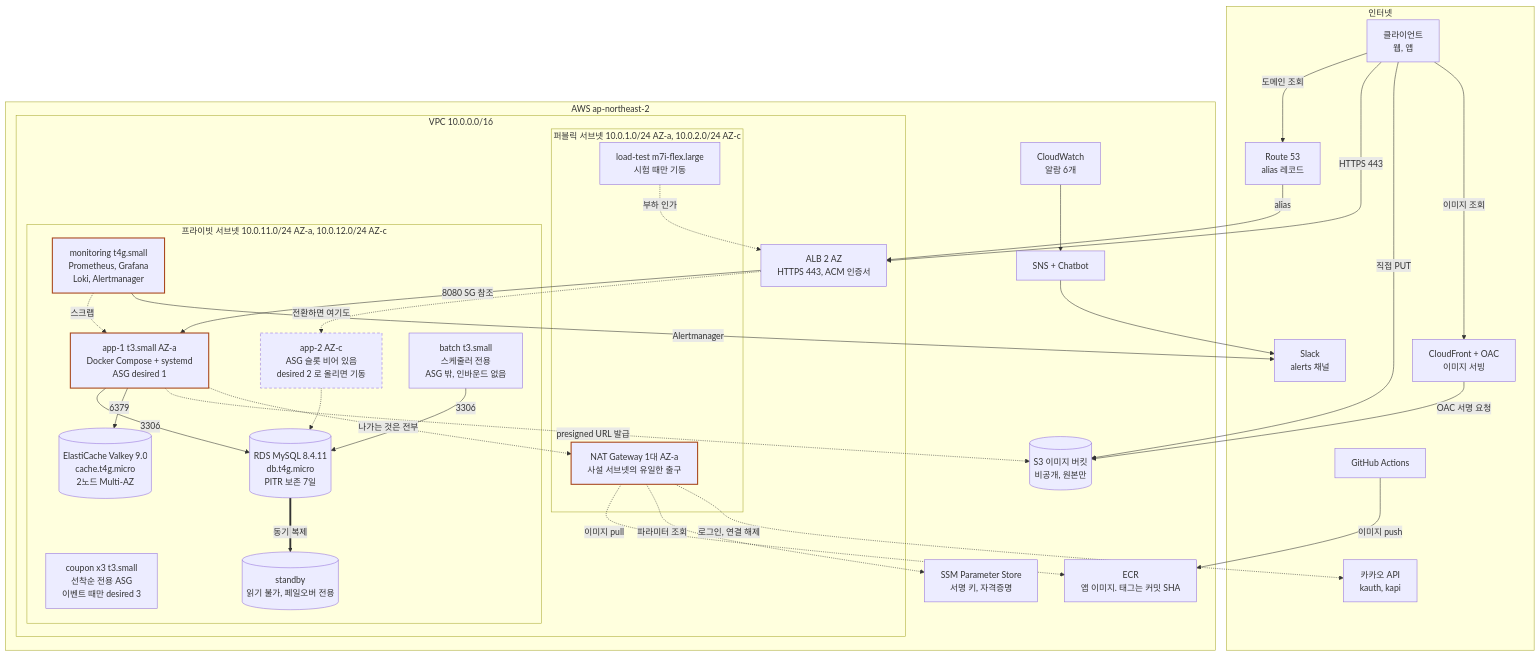
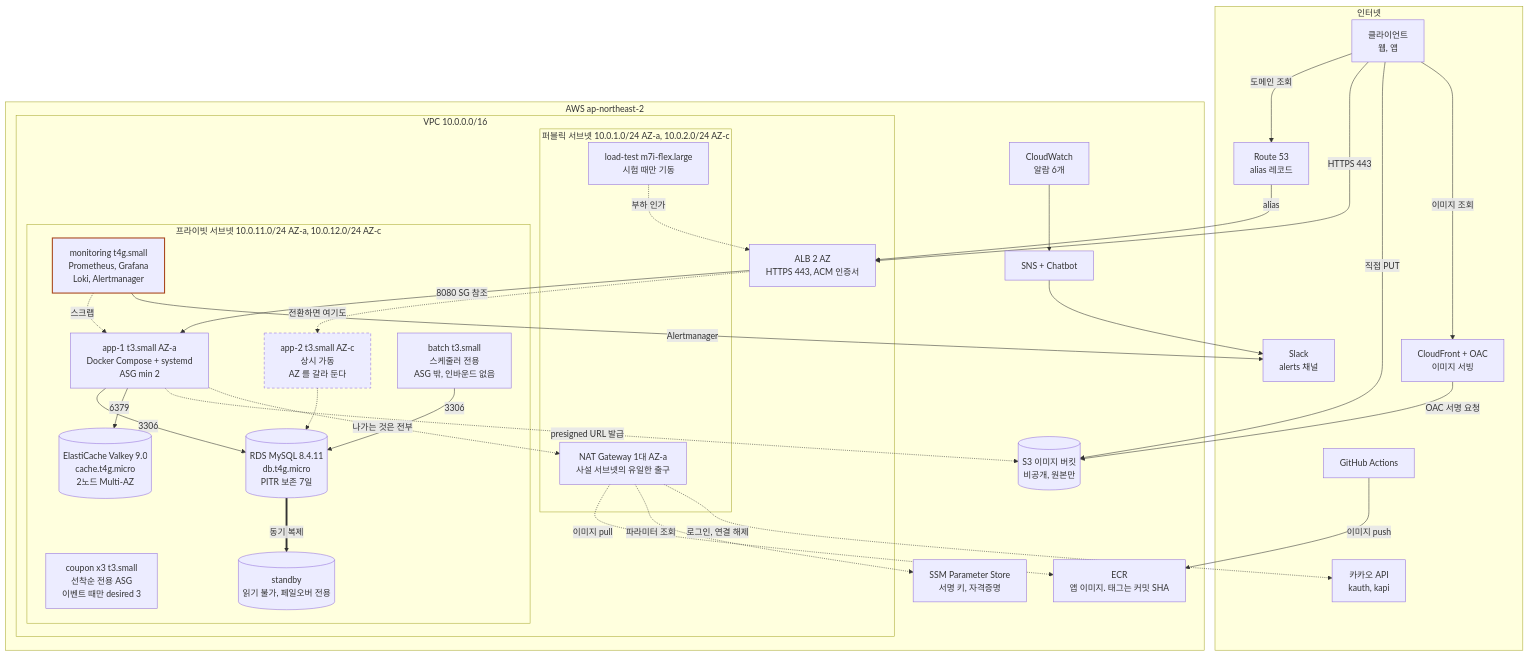
One commit to fresh-market/fm-infra changed the first of 10 diagrams in docs/system-design/백엔드공통_시스템디자인_종합.md. Above: the diagram before and after it, drawn with Mermaid. The commit also changed other lines of this file and 6 other files, not shown here.

````diff
--- a/docs/system-design/백엔드공통_시스템디자인_종합.md
+++ b/docs/system-design/백엔드공통_시스템디자인_종합.md
@@ -10,71 +10,72 @@
 ```mermaid
 graph TB
     subgraph internet["인터넷"]
         U["클라이언트<br/>웹, 앱"]
         R53["Route 53<br/>alias 레코드"]
         CFT["CloudFront + OAC<br/>이미지 서빙"]
         GH["GitHub Actions"]
         SLK["Slack<br/>alerts 채널"]
         KKO["카카오 API<br/>kauth, kapi"]
     end
 
     subgraph aws["AWS ap-northeast-2"]
         S3I[("S3 이미지 버킷<br/>비공개, 원본만")]
         SSM["SSM Parameter Store<br/>서명 키, 자격증명"]
         ECR["ECR<br/>앱 이미지. 태그는 커밋 SHA"]
         CWA["CloudWatch<br/>알람 6개"]
         SNS["SNS + Chatbot"]
 
         subgraph vpc["VPC 10.0.0.0/16"]
             ALB["ALB 2 AZ<br/>HTTPS 443, ACM 인증서"]
 
             subgraph pub["퍼블릭 서브넷 10.0.1.0/24 AZ-a, 10.0.2.0/24 AZ-c"]
                 NAT["NAT Gateway 1대 AZ-a<br/>사설 서브넷의 유일한 출구"]
                 LTI["load-test m7i-flex.large<br/>시험 때만 기동"]
             end
 
             subgraph pri["프라이빗 서브넷 10.0.11.0/24 AZ-a, 10.0.12.0/24 AZ-c"]
-                APP1["app-1 t3.small AZ-a<br/>Docker Compose + systemd<br/>ASG desired 1"]
-                APP2["app-2 AZ-c<br/>ASG 슬롯 비어 있음<br/>desired 2 로 올리면 기동"]
+                APP1["app-1 t3.small AZ-a<br/>Docker Compose + systemd<br/>ASG min 2"]
+                APP2["app-2 t3.small AZ-c<br/>상시 가동<br/>AZ 를 갈라 둔다"]
                 CPN["coupon x3 t3.small<br/>선착순 전용 ASG<br/>이벤트 때만 desired 3"]
                 MON["monitoring t4g.small<br/>Prometheus, Grafana<br/>Loki, Alertmanager"]
                 BAT["batch t3.small<br/>스케줄러 전용<br/>ASG 밖, 인바운드 없음"]
                 RDS1[("RDS MySQL 8.4.11<br/>db.t4g.micro<br/>PITR 보존 7일")]
                 RDS2[("standby<br/>읽기 불가, 페일오버 전용")]
                 CACHE[("ElastiCache Valkey 9.0<br/>cache.t4g.micro<br/>2노드 Multi-AZ")]
             end
         end
     end
 
     U -->|도메인 조회| R53
     R53 -->|alias| ALB
     U -->|HTTPS 443| ALB
     ALB -->|8080 SG 참조| APP1
     APP1 -->|3306| RDS1
     APP1 -->|6379| CACHE
     RDS1 ==>|동기 복제| RDS2
     APP1 -.->|presigned URL 발급| S3I
     U -->|직접 PUT| S3I
     U -->|이미지 조회| CFT
     CFT -->|OAC 서명 요청| S3I
     BAT -->|3306| RDS1
     GH -->|이미지 push| ECR
     APP1 -.->|나가는 것은 전부| NAT
     NAT -.->|이미지 pull| ECR
     NAT -.->|파라미터 조회| SSM
     NAT -.->|로그인, 연결 해제| KKO
     MON -.->|스크랩| APP1
     MON -->|Alertmanager| SLK
     CWA --> SNS --> SLK
     LTI -.->|부하 인가| ALB
     ALB -.->|전환하면 여기도| APP2
     APP2 -.-> RDS1
 
     %% 굵은 테두리는 지금 이중화가 없는 것이다.
-    %% 앱은 desired 1 구간에서만 그렇고(확장하면 해소), 모니터링과 NAT 는 상시 1대다.
-    %% 캐시는 2노드 자동 페일오버라(INF-37) 여기 들지 않는다.
+    %% 굵은 테두리는 지금 이중화가 없는 것이다. 모니터링 한 대만 남았다.
+    %% 앱은 min 2 로 AZ 를 갈랐고(2026-09-23), NAT 도 AZ 당 하나이며,
+    %% 캐시는 2노드 자동 페일오버다(INF-37).
     classDef spof stroke:#A8481F,stroke-width:2px;
-    class APP1,MON,NAT spof;
+    class MON spof;
     classDef idle stroke-dasharray:5 4;
     class APP2 idle;
 ```
````
